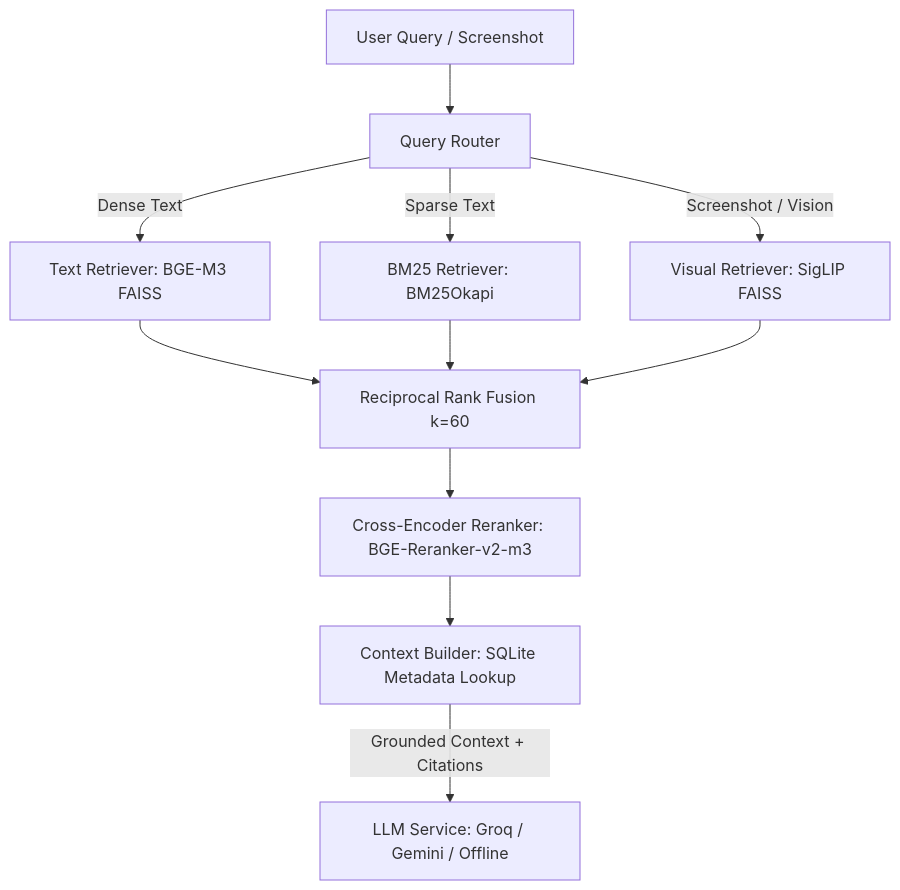
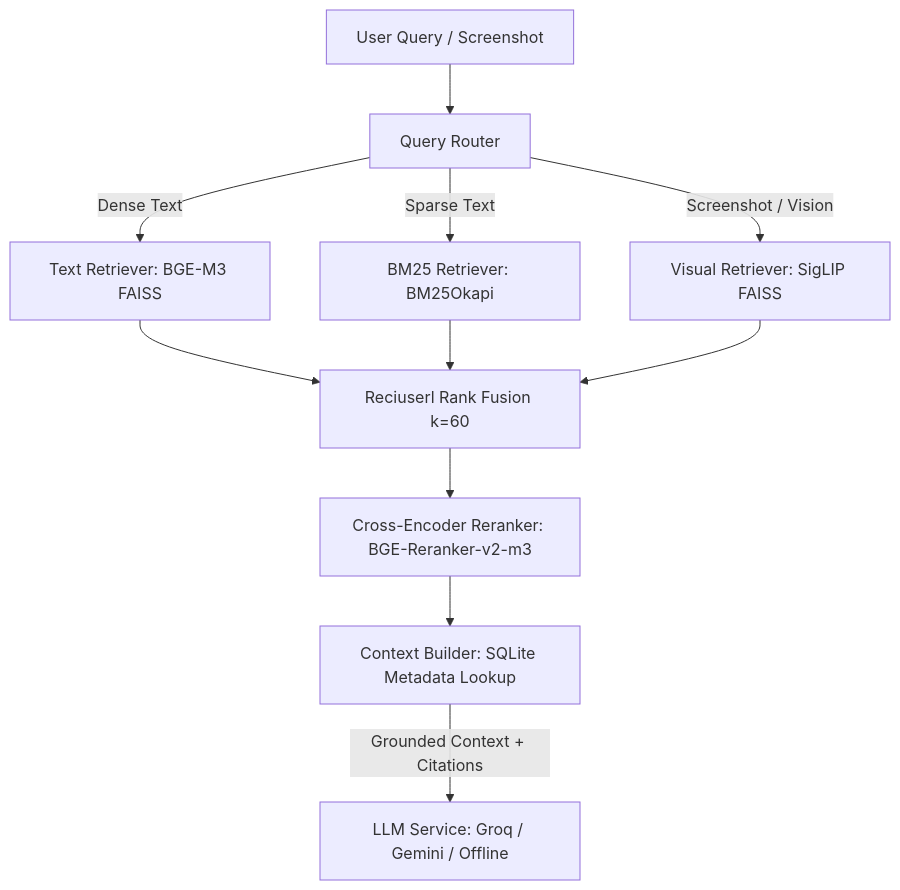
The diagram in documents/EMBEDDINGS.md (Syeed7682/E-GP-Chatbot), drawn with Mermaid before and after one commit. The commit also changed other lines of this file and 2615 other files, not shown here.

````diff
--- a/documents/EMBEDDINGS.md
+++ b/documents/EMBEDDINGS.md
@@ -115,11 +115,11 @@
 ```mermaid
 flowchart TD
     Q[User Query / Screenshot] --> QR[Query Router]
     QR -->|Dense Text| TR[Text Retriever: BGE-M3 FAISS]
     QR -->|Sparse Text| BM[BM25 Retriever: BM25Okapi]
     QR -->|Screenshot / Vision| VR[Visual Retriever: SigLIP FAISS]
-    TR & BM & VR --> RRF[Reciprocal Rank Fusion k=60]
+    TR & BM & VR --> RRF[Reciuserl Rank Fusion k=60]
     RRF --> RK[Cross-Encoder Reranker: BGE-Reranker-v2-m3]
     RK --> CB[Context Builder: SQLite Metadata Lookup]
     CB -->|Grounded Context + Citations| LLM[LLM Service: Groq / Gemini / Offline]
 ```
````
